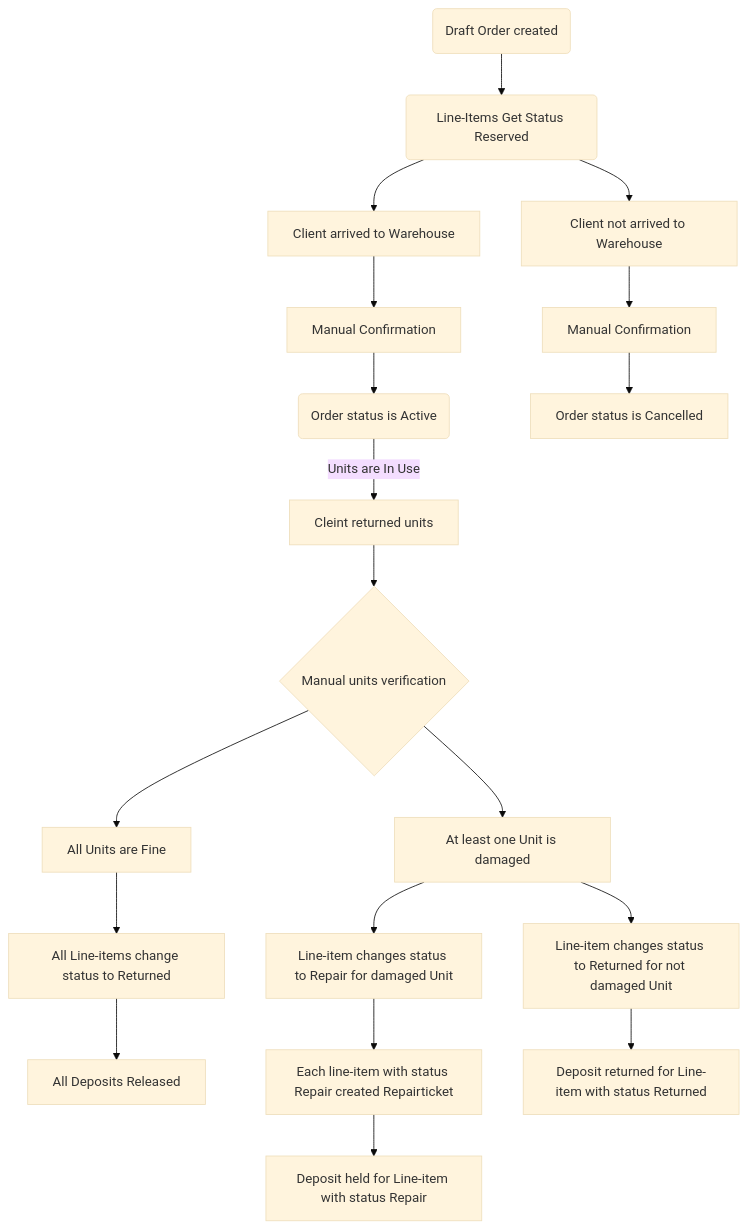
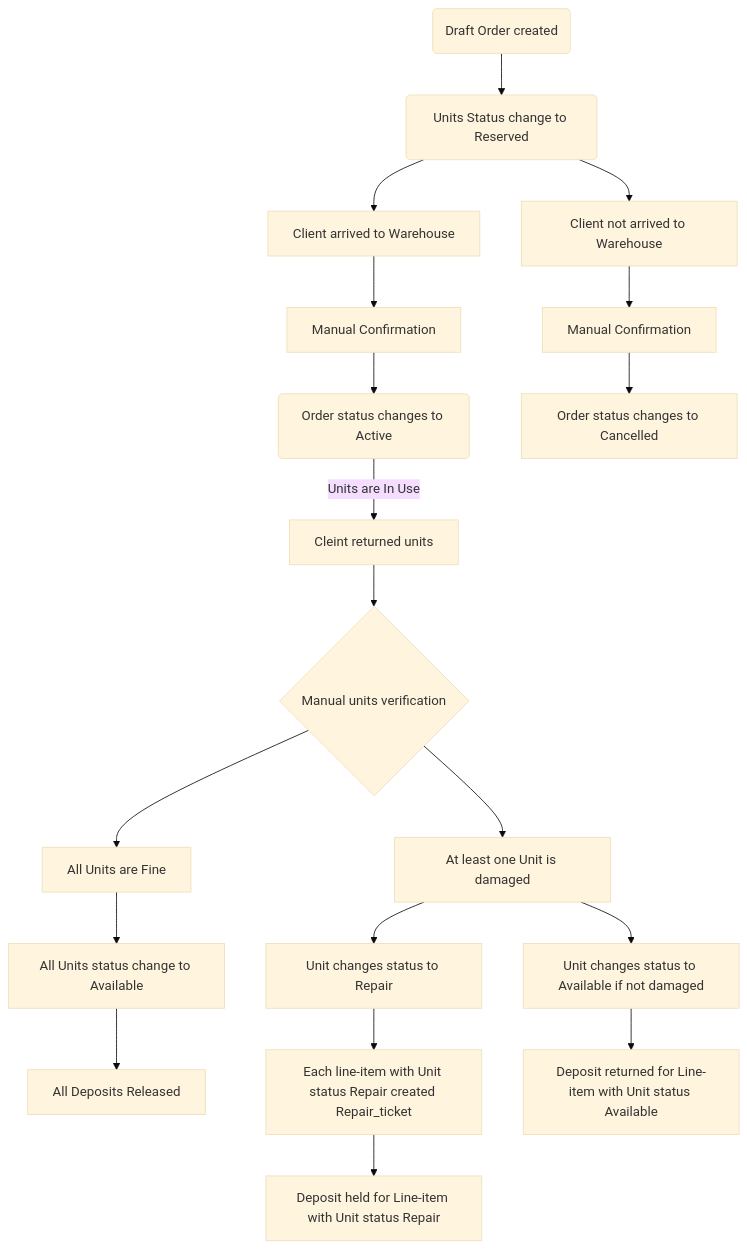
One commit to Diamko94/rentals1 changed the diagram in Flowchart.md. Above: the diagram before and after it, drawn with Mermaid (base theme).

````diff
--- a/Flowchart.md
+++ b/Flowchart.md
@@ -1,29 +1,29 @@
 ```mermaid
 flowchart TD
 
     %% Бронироваие
-    A(Draft Order created) --> B(Line-Items Get Status Reserved)
+    A(Draft Order created) --> B(Units Status change to Reserved)
 
     %% Выдача
     B --> G[Client arrived to Warehouse]
     G --> I[Manual Confirmation]
     B --> D[Client not arrived to Warehouse]
     D --> E[Manual Confirmation]
-    E --> F[Order status is Cancelled]
-    I --> J(Order status is Active)
+    E --> F[Order status changes to Cancelled]
+    I --> J(Order status changes to Active)
 
     %% Возврат
     J -->|Units are In Use| K[Cleint returned units]
     K --> L{Manual units verification}
     L --> M[All Units are Fine] 
-    M --> N[All Line-items change status to Returned]
+    M --> N[All Units status change to Available]
     L --> O[At least one Unit is damaged]
-    O --> P[Line-item changes status to Repair for damaged Unit]
-    P --> R[Each line-item with status Repair created Repairticket]
-    O --> T[Line-item changes status to Returned for not damaged Unit]
+    O --> P[Unit changes status to Repair]
+    P --> R[Each line-item with Unit status Repair created Repair_ticket]
+    O --> T[Unit changes status to Available if not damaged]
 
     %% Расчет
     N --> Q[All Deposits Released]
-    R --> S[Deposit held for Line-item with status Repair]
-    T --> U[Deposit returned for Line-item with status Returned]
+    R --> S[Deposit held for Line-item with Unit status Repair]
+    T --> U[Deposit returned for Line-item with Unit status Available]
 ```
````
